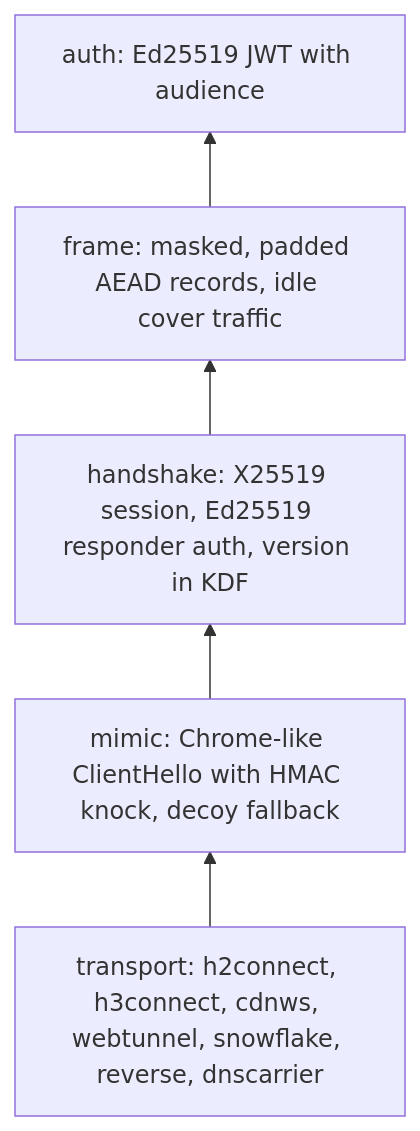
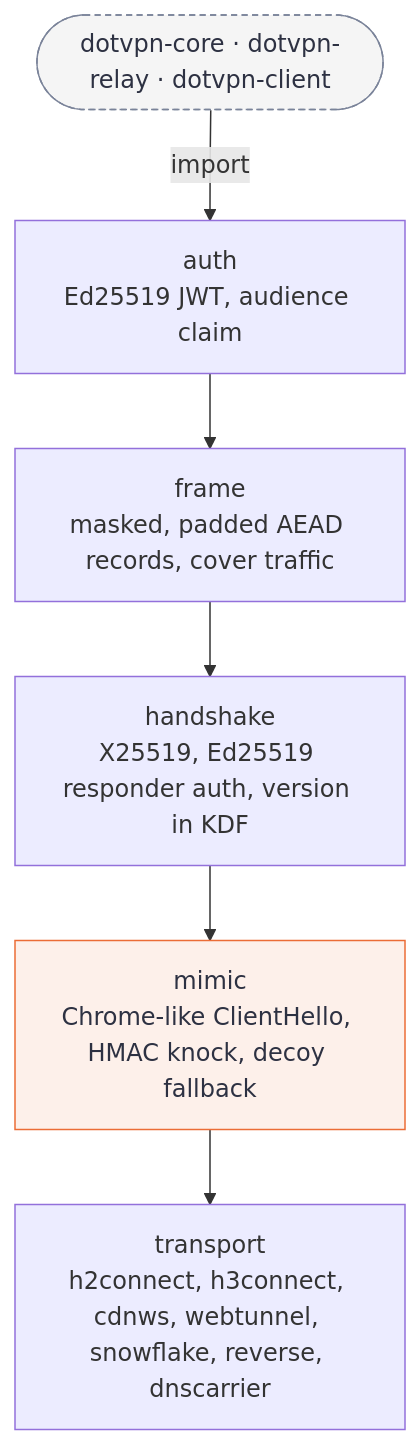
The diagram in README.md (payam-foundation/dotvpn-wire), drawn with Mermaid before and after one commit.

Commit message:
docs: refresh README (#1)

````diff
--- a/README.md
+++ b/README.md
@@ -33,10 +33,16 @@
 ```mermaid
-flowchart BT
-    carriers["transport: h2connect, h3connect, cdnws, webtunnel, snowflake, reverse, dnscarrier"]
-    mimic["mimic: Chrome-like ClientHello with HMAC knock, decoy fallback"]
-    handshake["handshake: X25519 session, Ed25519 responder auth, version in KDF"]
-    frame["frame: masked, padded AEAD records, idle cover traffic"]
-    auth["auth: Ed25519 JWT with audience"]
+flowchart TB
+    users(["dotvpn-core · dotvpn-relay · dotvpn-client"])
+    auth["auth<br/>Ed25519 JWT, audience claim"]
+    frame["frame<br/>masked, padded AEAD records, cover traffic"]
+    handshake["handshake<br/>X25519, Ed25519 responder auth, version in KDF"]
+    mimic["mimic<br/>Chrome-like ClientHello, HMAC knock, decoy fallback"]
+    carriers["transport<br/>h2connect, h3connect, cdnws, webtunnel, snowflake, reverse, dnscarrier"]
 
-    carriers --> mimic --> handshake --> frame --> auth
+    users -->|"import"| auth --> frame --> handshake --> mimic --> carriers
+
+    classDef focal fill:#fdf0ea,stroke:#eb6c36,color:#2d3142
+    classDef ext fill:#f5f5f5,stroke:#7a8399,stroke-dasharray:4 3,color:#2d3142
+    class mimic focal
+    class users ext
 ```
````
